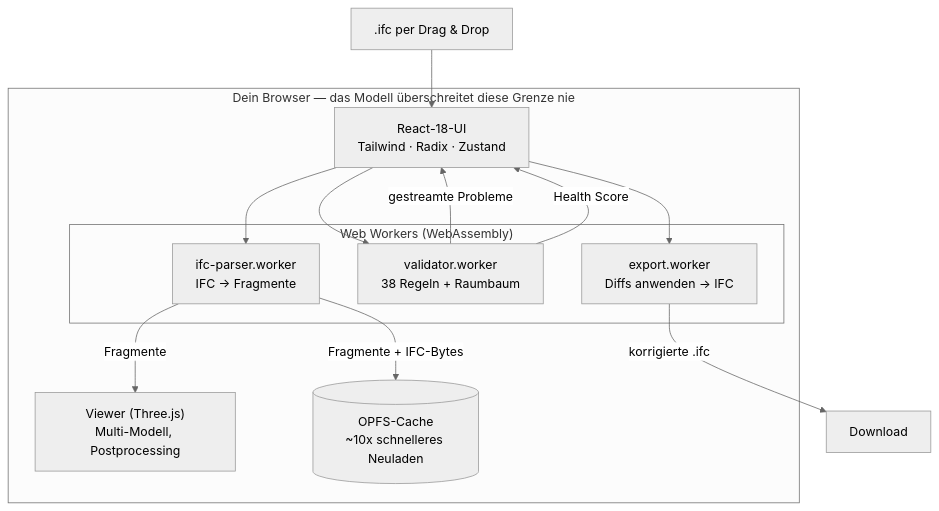
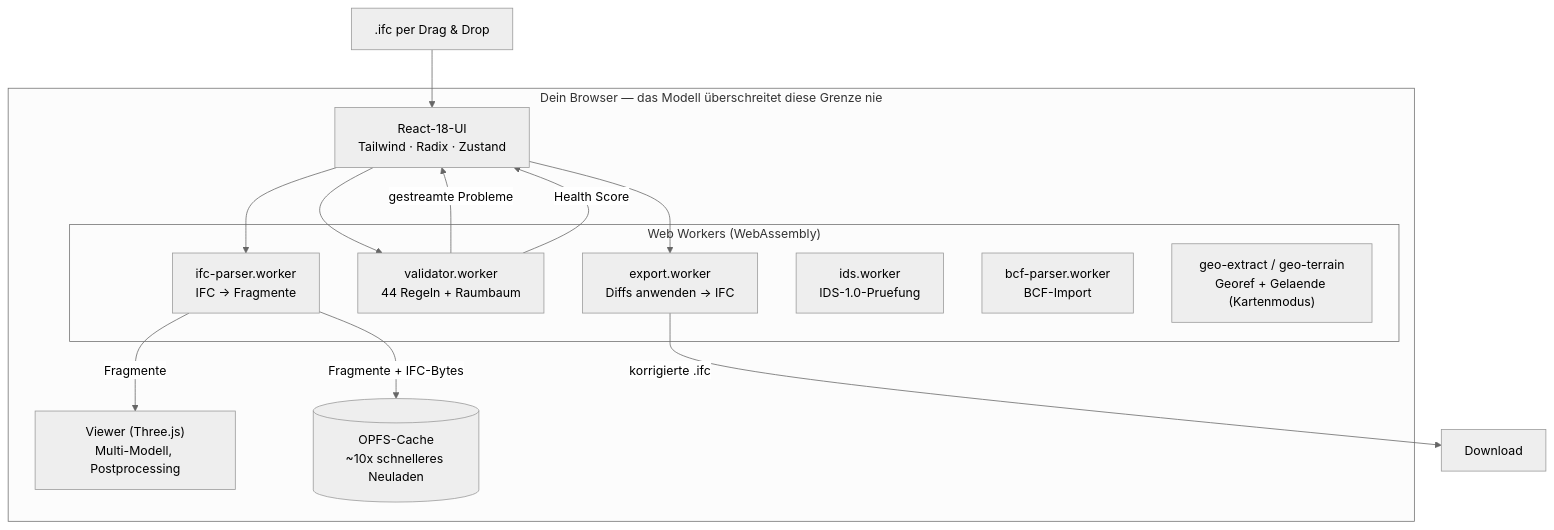
The second of 2 diagrams in README.de.md (j03rul4nd/ifc-viewer-online), drawn with Mermaid (neutral theme) before and after one commit. The commit also changed other lines of this file and 24 other files, not shown here.

````diff
--- a/README.de.md
+++ b/README.de.md
@@ -147,24 +149,27 @@
 ```mermaid
 flowchart TD
     subgraph BROWSER["Dein Browser — das Modell überschreitet diese Grenze nie"]
         UI["React-18-UI<br/>Tailwind · Radix · Zustand"]
         VIEWER["Viewer (Three.js)<br/>Multi-Modell, Postprocessing"]
         CACHE[("OPFS-Cache<br/>~10x schnelleres Neuladen")]
 
         subgraph WORKERS["Web Workers (WebAssembly)"]
             PARSE["ifc-parser.worker<br/>IFC → Fragmente"]
-            VALID["validator.worker<br/>38 Regeln + Raumbaum"]
+            VALID["validator.worker<br/>44 Regeln + Raumbaum"]
             EXPORT["export.worker<br/>Diffs anwenden → IFC"]
+            IDS["ids.worker<br/>IDS-1.0-Pruefung"]
+            BCF["bcf-parser.worker<br/>BCF-Import"]
+            GEO["geo-extract / geo-terrain<br/>Georef + Gelaende (Kartenmodus)"]
         end
     end
 
     FILE[".ifc per Drag &amp; Drop"] --> UI
     UI --> PARSE
     PARSE -->|Fragmente| VIEWER
     PARSE -->|Fragmente + IFC-Bytes| CACHE
     UI --> VALID
     VALID -->|gestreamte Probleme| UI
     VALID -->|Health Score| UI
     UI --> EXPORT
     EXPORT -->|korrigierte .ifc| DL["Download"]
 ```
````
